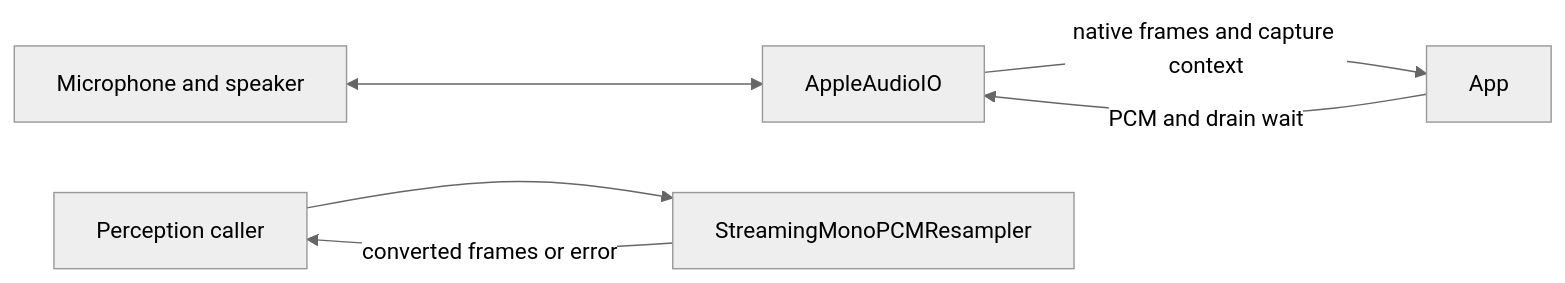
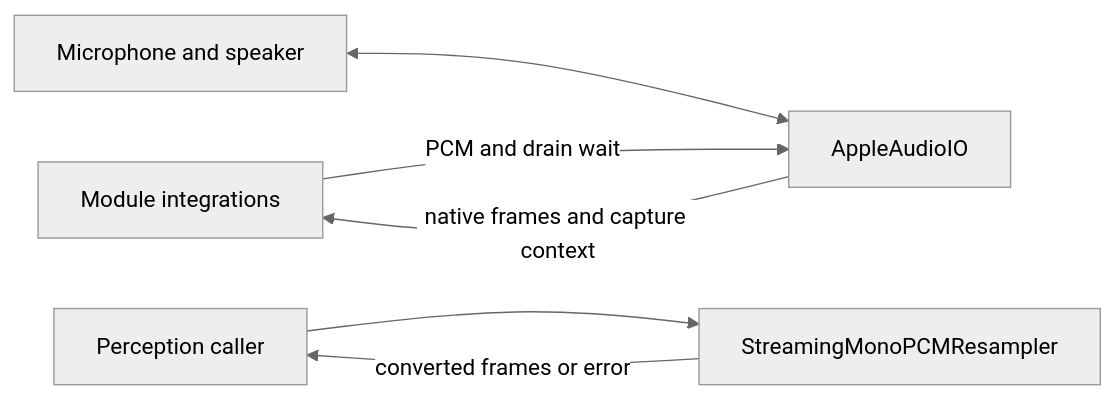
Before and after one commit to devilyouwei/MobileHarness: the diagram in MobileHarness/PlatformKit/Audio/README.md, drawn with Mermaid (neutral theme). The commit also changed other lines of this file and 254 other files, not shown here.

First line of the commit message:
refactor: isolate app composition and module bindings

````diff
--- a/MobileHarness/PlatformKit/Audio/README.md
+++ b/MobileHarness/PlatformKit/Audio/README.md
@@ -15,8 +15,9 @@
 ```mermaid
 flowchart LR
+ Bindings[Module integrations]
  Hardware[Microphone and speaker] <--> IO[AppleAudioIO]
- IO -->|native frames and capture context| App
- App -->|PCM and drain wait| IO
+ IO -->|native frames and capture context| Bindings
+ Bindings -->|PCM and drain wait| IO
  Caller[Perception caller] --> Converter[StreamingMonoPCMResampler]
  Converter -->|converted frames or error| Caller
 ```
````
